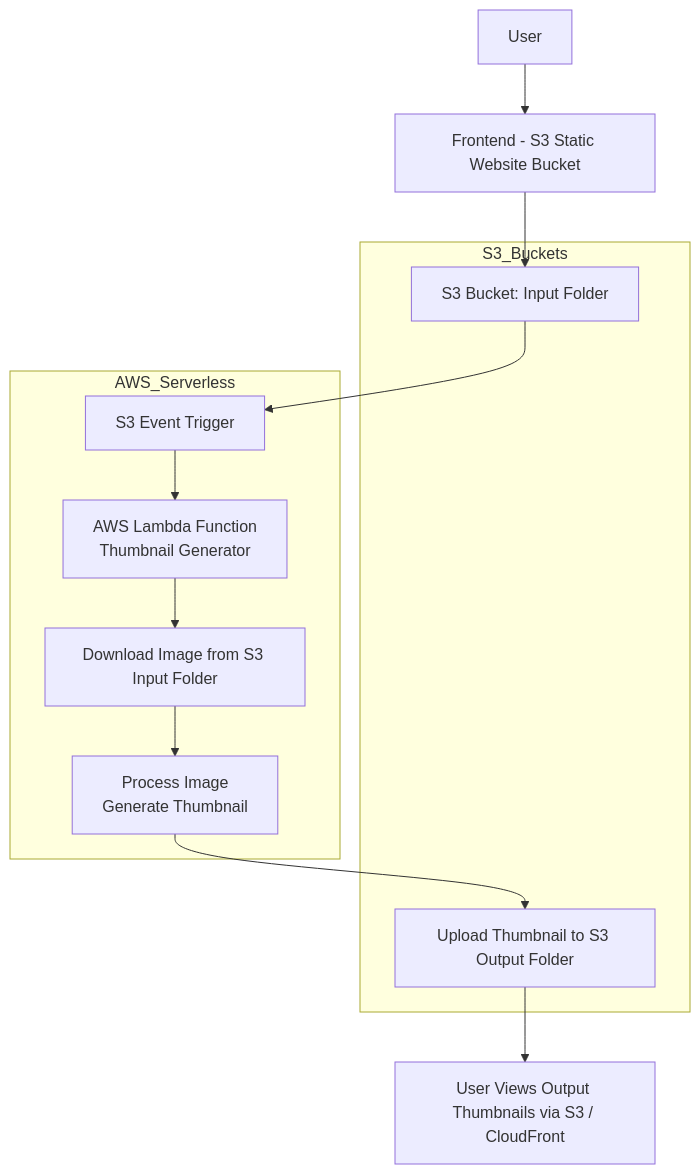
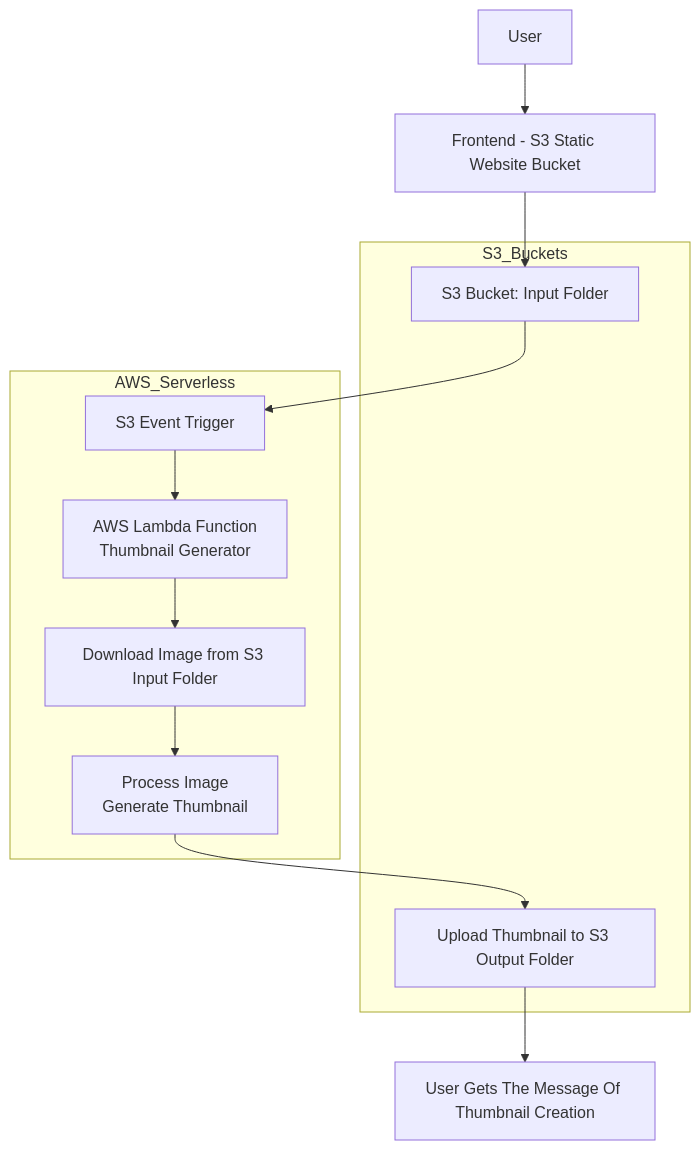
One commit to rashmiyadav02031989-wq/AWS-Serverless-Thumbnail-Generator changed the diagram in README.md. Above: the diagram before and after it, drawn with Mermaid.

Commit message:
Update README to clarify user message on thumbnail creation

````diff
--- a/README.md
+++ b/README.md
@@ -7,29 +7,29 @@
 ```mermaid
 flowchart TD
 
 A[User] --> B[Frontend - S3 Static Website Bucket]
 
 B --> C[S3 Bucket: Input Folder]
 C --> D[S3 Event Trigger]
 
 D --> E[AWS Lambda Function<br/>Thumbnail Generator]
 
 E --> F[Download Image from S3 Input Folder]
 F --> G[Process Image<br/>Generate Thumbnail]
 
 G --> H[Upload Thumbnail to S3 Output Folder]
 
-H --> I[User Views Output Thumbnails via S3 / CloudFront]
+H --> I[User Gets The Message Of Thumbnail Creation]
 
 subgraph S3_Buckets
 C
 H
 end
 
 subgraph AWS_Serverless
 D
 E
 F
 G
 end
 ```
````
